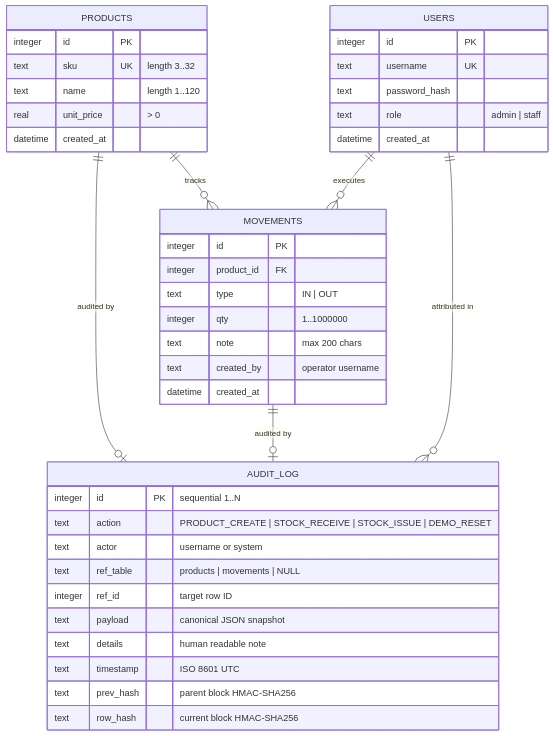
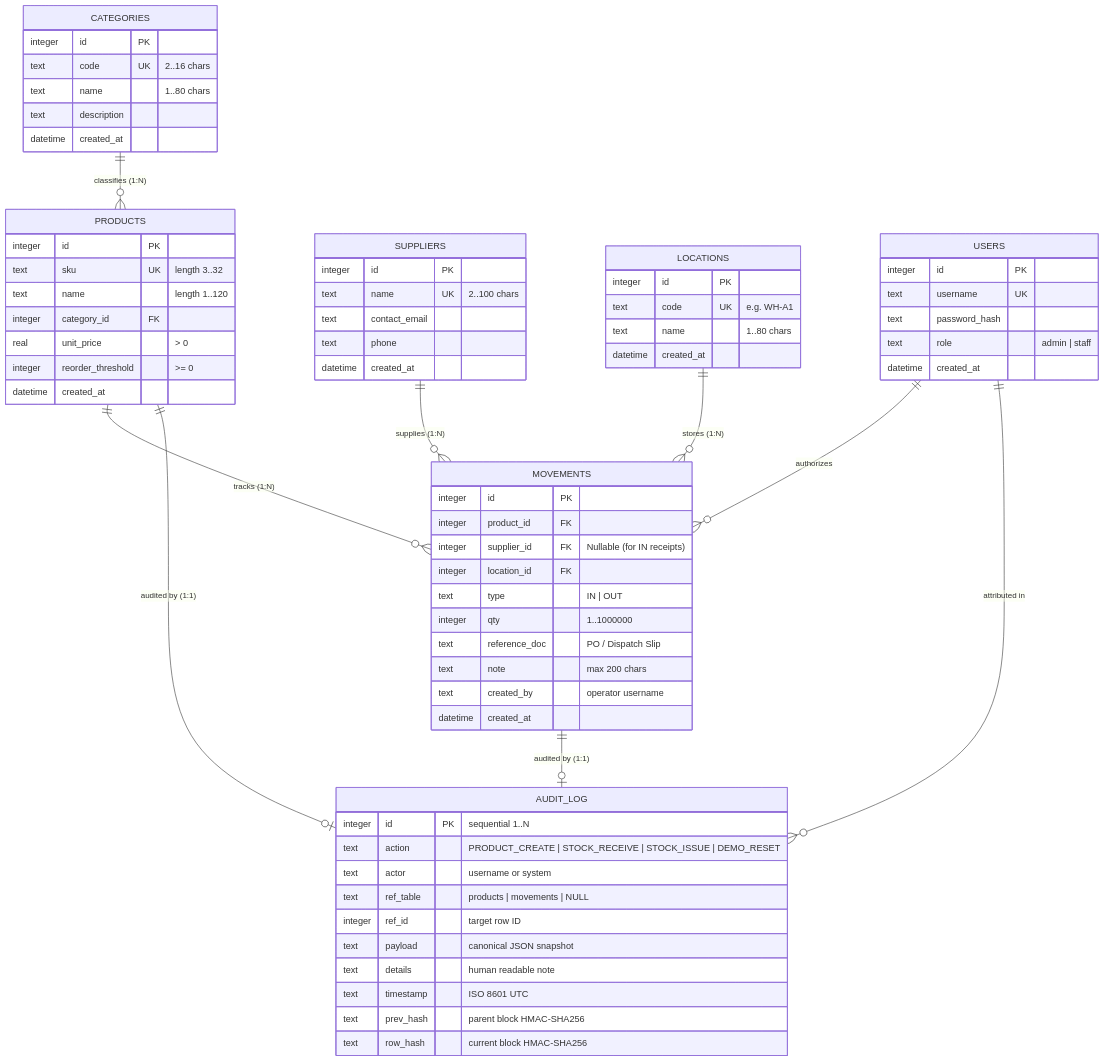
The diagram in extras/ER_DIAGRAM.md (Nandha-PU/Vaultstock), drawn with Mermaid before and after one commit. The commit also changed other lines of this file and 14 other files, not shown here.

````diff
--- a/extras/ER_DIAGRAM.md
+++ b/extras/ER_DIAGRAM.md
@@ -3,47 +3,78 @@
 ```mermaid
 erDiagram
-    PRODUCTS ||--o{ MOVEMENTS : "tracks"
-    PRODUCTS ||--o| AUDIT_LOG : "audited by"
-    MOVEMENTS ||--o| AUDIT_LOG : "audited by"
-    USERS ||--o{ MOVEMENTS : "executes"
+    CATEGORIES ||--o{ PRODUCTS : "classifies (1:N)"
+    SUPPLIERS ||--o{ MOVEMENTS : "supplies (1:N)"
+    LOCATIONS ||--o{ MOVEMENTS : "stores (1:N)"
+    PRODUCTS ||--o{ MOVEMENTS : "tracks (1:N)"
+    PRODUCTS ||--o| AUDIT_LOG : "audited by (1:1)"
+    MOVEMENTS ||--o| AUDIT_LOG : "audited by (1:1)"
+    USERS ||--o{ MOVEMENTS : "authorizes"
     USERS ||--o{ AUDIT_LOG : "attributed in"
 
     USERS {
         integer id PK
         text username UK
         text password_hash
         text role "admin | staff"
         datetime created_at
     }
 
+    CATEGORIES {
+        integer id PK
+        text code UK "2..16 chars"
+        text name "1..80 chars"
+        text description
+        datetime created_at
+    }
+
+    SUPPLIERS {
+        integer id PK
+        text name UK "2..100 chars"
+        text contact_email
+        text phone
+        datetime created_at
+    }
+
+    LOCATIONS {
+        integer id PK
+        text code UK "e.g. WH-A1"
+        text name "1..80 chars"
+        datetime created_at
+    }
+
     PRODUCTS {
         integer id PK
         text sku UK "length 3..32"
         text name "length 1..120"
+        integer category_id FK
         real unit_price "> 0"
+        integer reorder_threshold ">= 0"
         datetime created_at
     }
 
     MOVEMENTS {
         integer id PK
         integer product_id FK
+        integer supplier_id FK "Nullable (for IN receipts)"
+        integer location_id FK
         text type "IN | OUT"
         integer qty "1..1000000"
+        text reference_doc "PO / Dispatch Slip"
         text note "max 200 chars"
         text created_by "operator username"
         datetime created_at
     }
 
     AUDIT_LOG {
         integer id PK "sequential 1..N"
         text action "PRODUCT_CREATE | STOCK_RECEIVE | STOCK_ISSUE | DEMO_RESET"
         text actor "username or system"
         text ref_table "products | movements | NULL"
         integer ref_id "target row ID"
         text payload "canonical JSON snapshot"
         text details "human readable note"
         text timestamp "ISO 8601 UTC"
         text prev_hash "parent block HMAC-SHA256"
         text row_hash "current block HMAC-SHA256"
     }
 ```
````
